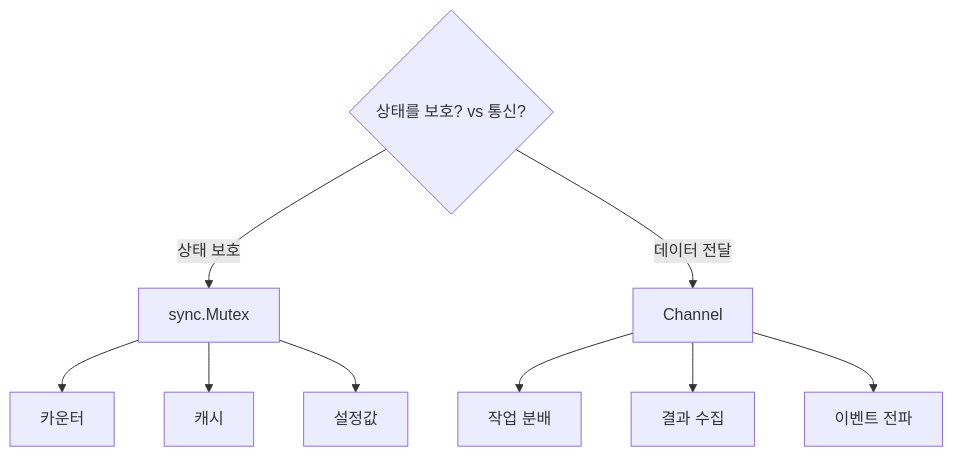
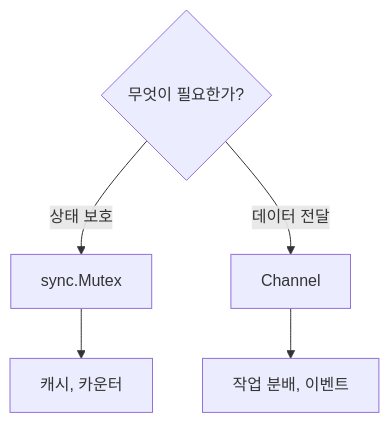
The fifth of 5 diagrams in src/content/backend/go/enterprise-go-4-goroutine-channel.md (KimSeogyu/KimSeogyu.github.io), drawn with Mermaid before and after one commit. The commit also changed other lines of this file and 7 other files, not shown here.

````diff
--- a/src/content/backend/go/enterprise-go-4-goroutine-channel.md
+++ b/src/content/backend/go/enterprise-go-4-goroutine-channel.md
@@ -236,14 +141,9 @@
 ```mermaid
 graph TD
-    Q{상태를 보호? vs 통신?}
+    Q{무엇이 필요한가?}
     Q -->|상태 보호| MUTEX[sync.Mutex]
     Q -->|데이터 전달| CHANNEL[Channel]
     
-    MUTEX --> M1[카운터]
-    MUTEX --> M2[캐시]
-    MUTEX --> M3[설정값]
-    
-    CHANNEL --> C1[작업 분배]
-    CHANNEL --> C2[결과 수집]
-    CHANNEL --> C3[이벤트 전파]
+    MUTEX --> M1["캐시, 카운터"]
+    CHANNEL --> C1["작업 분배, 이벤트"]
 ```
````
